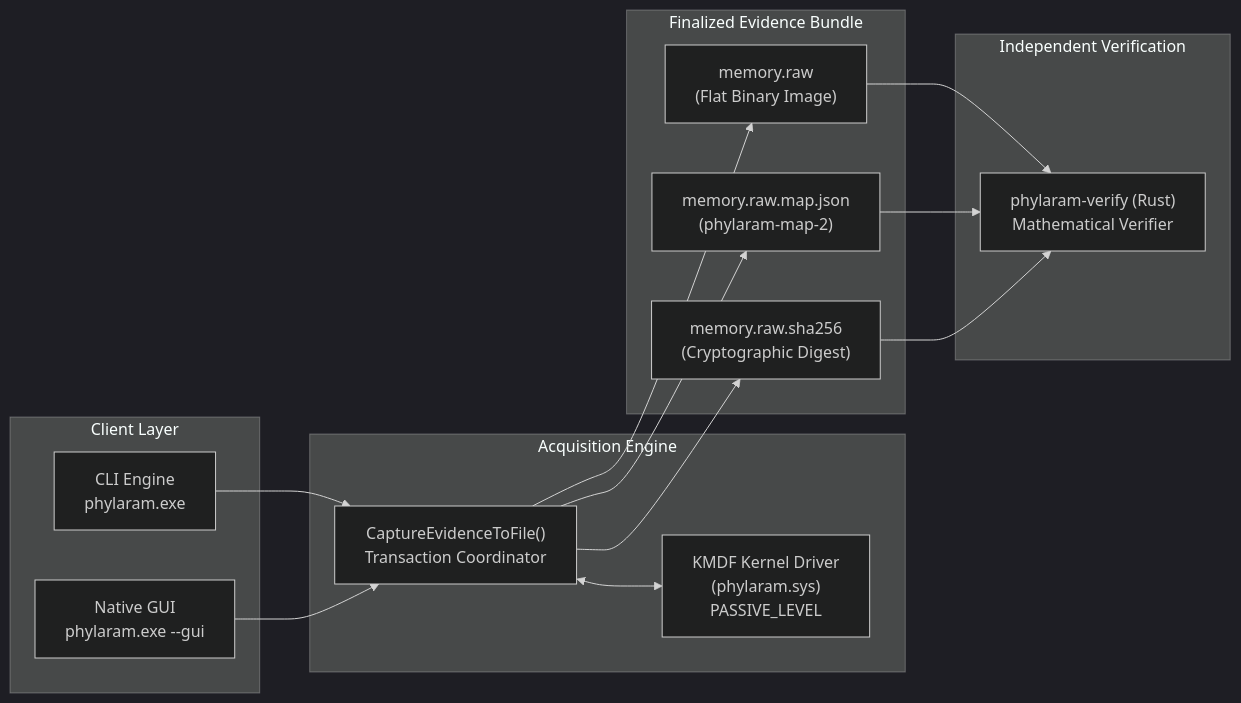
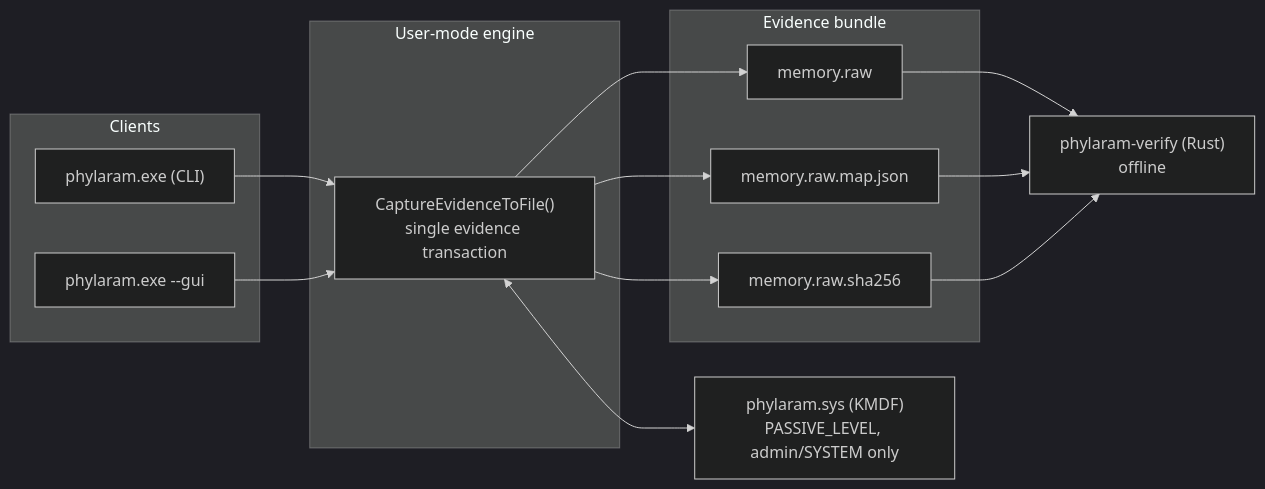
The diagram in README.md (joeyvictorino/phylaram), drawn with Mermaid (dark theme) before and after one commit. The commit also changed other lines of this file, not shown here.

````diff
--- a/README.md
+++ b/README.md
@@ -58,30 +87,25 @@
 ```mermaid
 flowchart LR
-    subgraph UI ["Client Layer"]
-        CLI["CLI Engine\nphylaram.exe"]
-        GUI["Native GUI\nphylaram.exe --gui"]
+    subgraph UI ["Clients"]
+        CLI["phylaram.exe (CLI)"]
+        GUI["phylaram.exe --gui"]
     end
-
-    subgraph Core ["Acquisition Engine"]
-        Trans["CaptureEvidenceToFile()\nTransaction Coordinator"]
-        KMDF["KMDF Kernel Driver\n(phylaram.sys)\nPASSIVE_LEVEL"]
+    subgraph Core ["User-mode engine"]
+        Trans["CaptureEvidenceToFile()<br/>single evidence transaction"]
     end
-
-    subgraph Storage ["Finalized Evidence Bundle"]
-        RAW["memory.raw\n(Flat Binary Image)"]
-        MAP["memory.raw.map.json\n(phylaram-map-2)"]
-        SHA["memory.raw.sha256\n(Cryptographic Digest)"]
+    KMDF["phylaram.sys (KMDF)<br/>PASSIVE_LEVEL, admin/SYSTEM only"]
+    subgraph Bundle ["Evidence bundle"]
+        RAW["memory.raw"]
+        MAP["memory.raw.map.json"]
+        SHA["memory.raw.sha256"]
     end
-
-    subgraph Audit ["Independent Verification"]
-        Verifier["phylaram-verify (Rust)\nMathematical Verifier"]
-    end
+    Verifier["phylaram-verify (Rust)<br/>offline"]
 
     CLI --> Trans
     GUI --> Trans
     Trans <--> KMDF
     Trans --> RAW
     Trans --> MAP
     Trans --> SHA
     RAW & MAP & SHA --> Verifier
 ```
````
